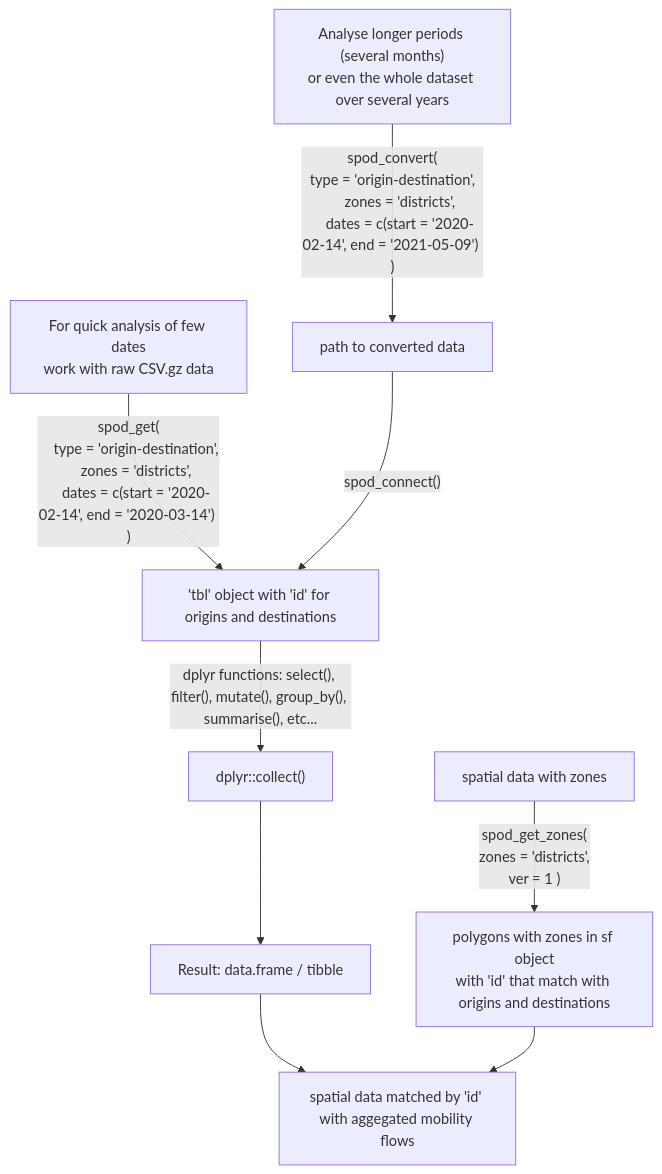
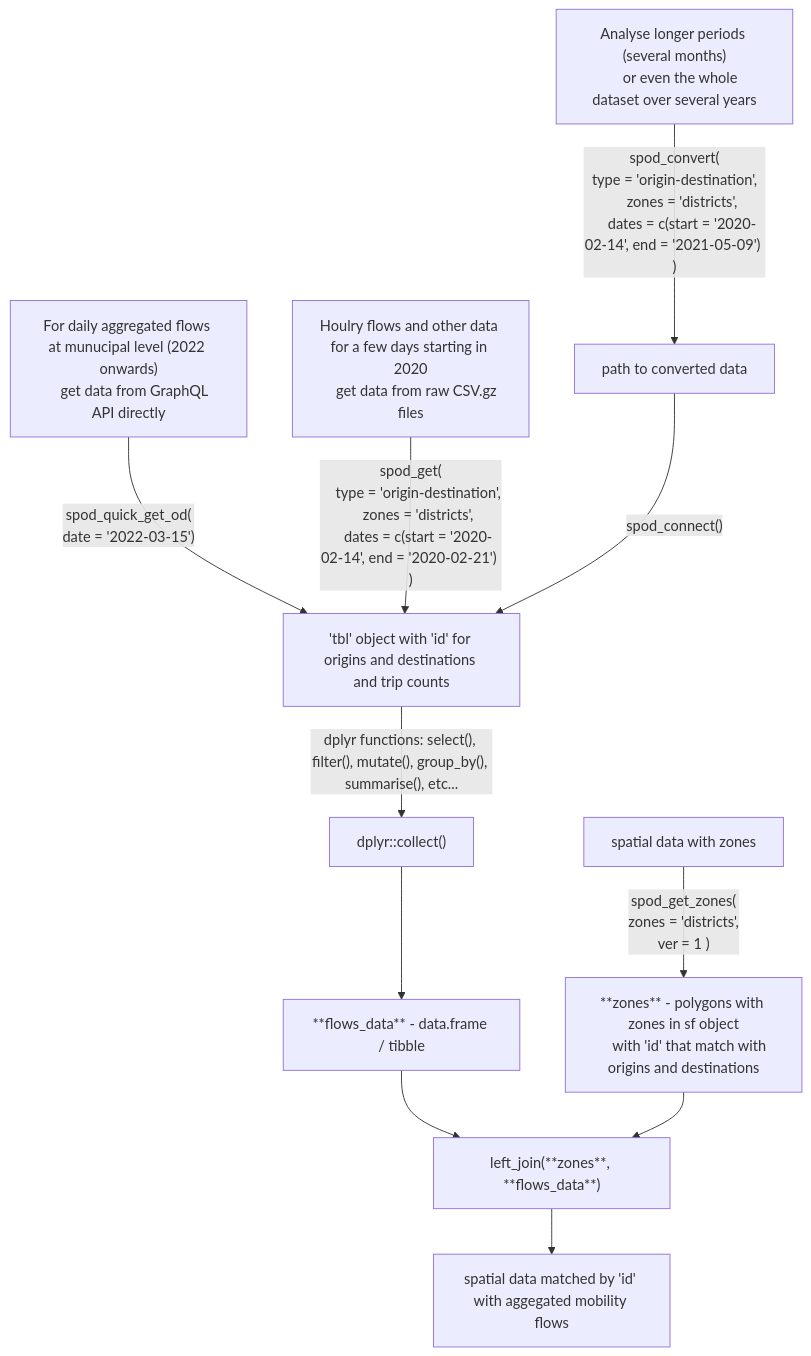
Before and after one commit to rOpenSpain/spanishoddata: the diagram in vignettes/media/mermaid-that-does-not-render.mermaid, drawn with Mermaid.

Commit message:
update the mermaid schematic of the package overview

```diff
--- a/vignettes/media/mermaid-that-does-not-render.mermaid
+++ b/vignettes/media/mermaid-that-does-not-render.mermaid
@@ -1,20 +1,28 @@
 flowchart TB
-    A["For quick analysis of few dates\nwork with raw CSV.gz data"] -->|"spod_get(
+    M["For daily aggregated flows at munucipal level (2022 onwards)
+    get data from GraphQL API directly"] -->|"spod_quick_get_od(
+    date = '2022-03-15')"
+    | F["'tbl' object with 'id' for origins and destinations and trip counts"]
+    
+    A["Houlry flows and other data for a few days starting in 2020
+    get data from raw CSV.gz files"] -->|"spod_get(
     type = 'origin-destination',
     zones = 'districts',
-    dates = c(start = '2020-02-14', end = '2020-03-14') )"
-    | F["'tbl' object with 'id' for origins and destinations"]
+    dates = c(start = '2020-02-14', end = '2020-02-21') )"
+    | F
     
-    C["Analyse longer periods (several months)\nor even the whole dataset over several years"]
+    C["Analyse longer periods (several months)
+    or even the whole dataset over several years"]
     -->|"spod_convert(
 type = 'origin-destination',
     zones = 'districts',
     dates = c(start = '2020-02-14', end = '2021-05-09') )"| D["path to converted data"]
-    D -->|"spod_connect()" | F["'tbl' object with 'id' for origins and destinations"]
+    D -->|"spod_connect()" | F
     
     F -->|"dplyr functions: select(), filter(), mutate(), group_by(), summarise(), etc..."| G["dplyr::collect()"]
-    G --> H["Result: data.frame / tibble"] --> R[spatial data matched by 'id' with aggegated mobility flows]
+    G --> H["**flows_data** - data.frame / tibble"] --> R["left_join(**zones**, **flows_data**)"] --> XX["spatial data matched by 'id' with aggegated mobility flows"]
 
     X["spatial data with zones"] --> |"spod_get_zones(
     zones = 'districts',
-    ver = 1 )"| Y["polygons with zones in sf object\nwith 'id' that match with origins and destinations"] --> R
+    ver = 1 )"| Y["**zones** - polygons with zones in sf object
+    with 'id' that match with origins and destinations"] --> R
```
